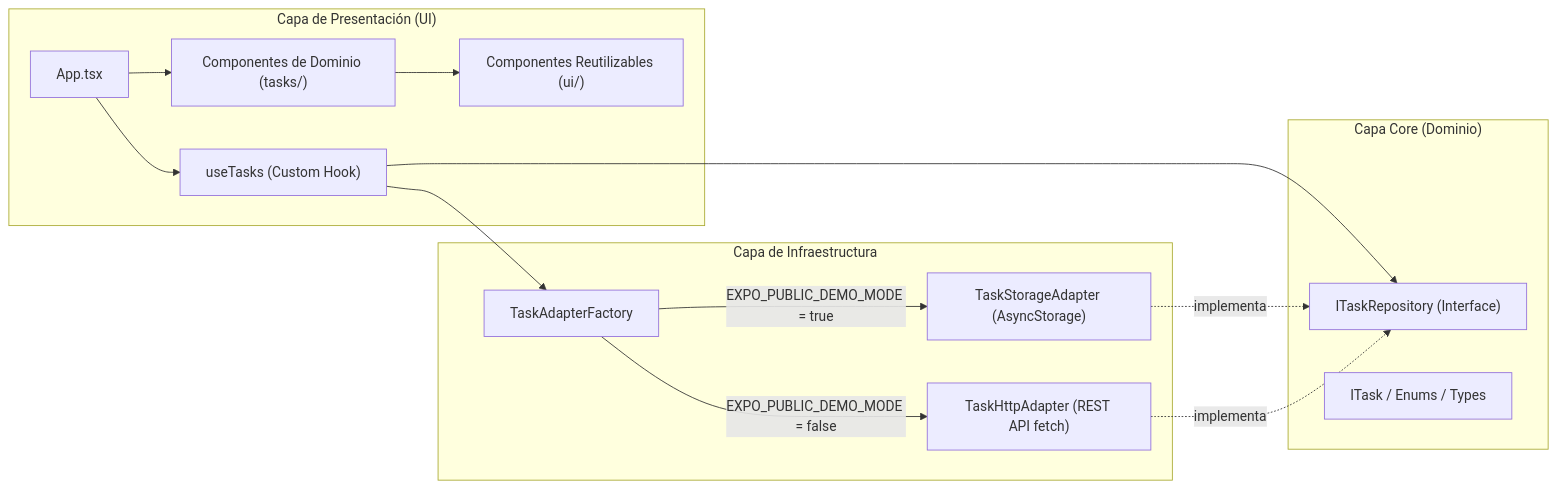
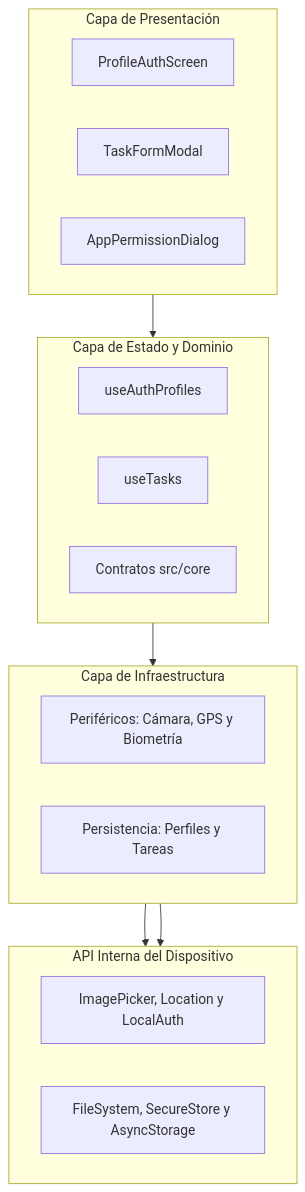
Before and after one commit to ginans/todo-list-mobile-IPSS: the diagram in README.md, drawn with Mermaid. The commit also changed other lines of this file and 4 other files, not shown here.

````diff
--- a/README.md
+++ b/README.md
@@ -229,30 +192,33 @@
 ```mermaid
-flowchart LR
-    subgraph UI ["Capa de Presentación (UI)"]
-        App["App.tsx"]
-        TaskComp["Componentes de Dominio (tasks/)"]
-        AtomicUI["Componentes Reutilizables (ui/)"]
-        Hook["useTasks (Custom Hook)"]
+flowchart TD
+    subgraph UI["Capa de Presentación"]
+        direction LR
+        UI1["ProfileAuthScreen"]
+        UI2["TaskFormModal"]
+        UI3["AppPermissionDialog"]
     end
 
-    subgraph Core ["Capa Core (Dominio)"]
-        Contract["ITaskRepository (Interface)"]
-        Models["ITask / Enums / Types"]
+    subgraph APP["Capa de Estado y Dominio"]
+        direction LR
+        AP1["useAuthProfiles"]
+        AP2["useTasks"]
+        AP3["Contratos src/core"]
     end
 
-    subgraph Infra ["Capa de Infraestructura"]
-        Factory["TaskAdapterFactory"]
-        Storage["TaskStorageAdapter (AsyncStorage)"]
-        Http["TaskHttpAdapter (REST API fetch)"]
+    subgraph INFRA["Capa de Infraestructura"]
+        direction LR
+        IN1["Periféricos: Cámara, GPS y Biometría"]
+        IN2["Persistencia: Perfiles y Tareas"]
     end
 
-    App --> TaskComp
-    TaskComp --> AtomicUI
-    App --> Hook
-    Hook --> Contract
-    Hook --> Factory
-    Factory -->|"EXPO_PUBLIC_DEMO_MODE = true"| Storage
-    Factory -->|"EXPO_PUBLIC_DEMO_MODE = false"| Http
-    Storage -.->|"implementa"| Contract
-    Http -.->|"implementa"| Contract
+    subgraph DEVICE["API Interna del Dispositivo"]
+        direction LR
+        DV1["ImagePicker, Location y LocalAuth"]
+        DV2["FileSystem, SecureStore y AsyncStorage"]
+    end
+
+    UI --> APP
+    APP --> INFRA
+    IN1 --> DV1
+    IN2 --> DV2
 ```
````
